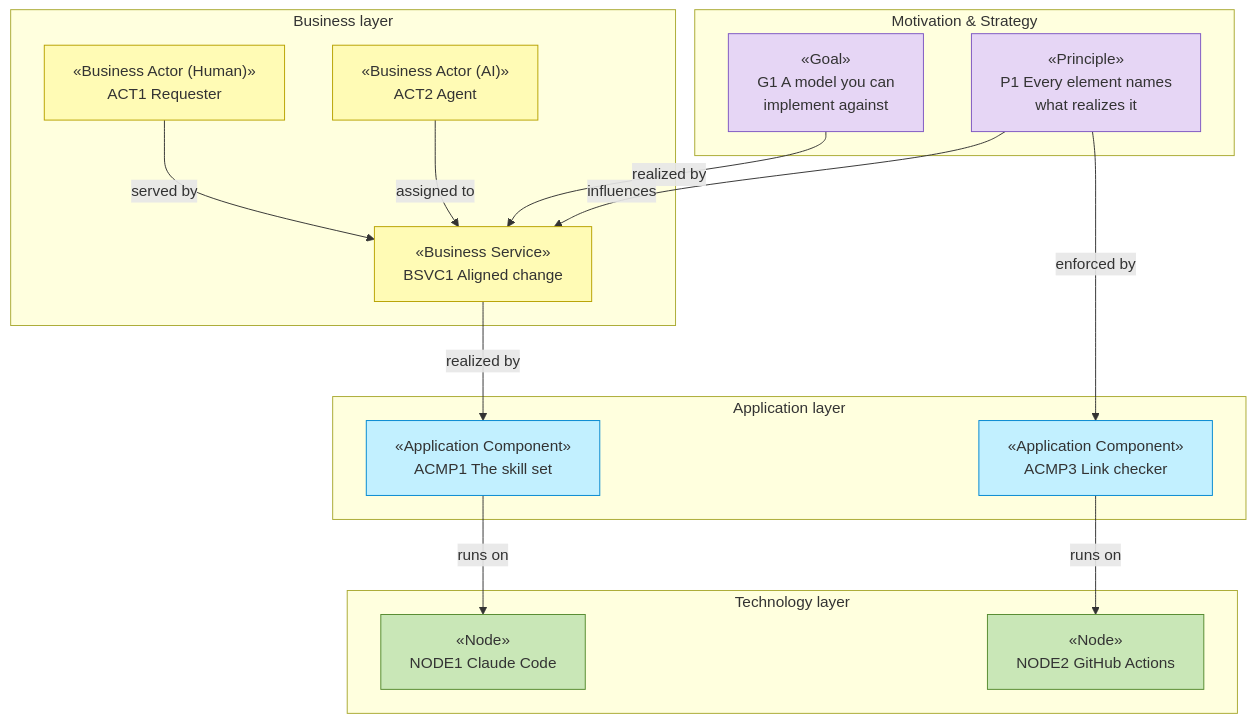
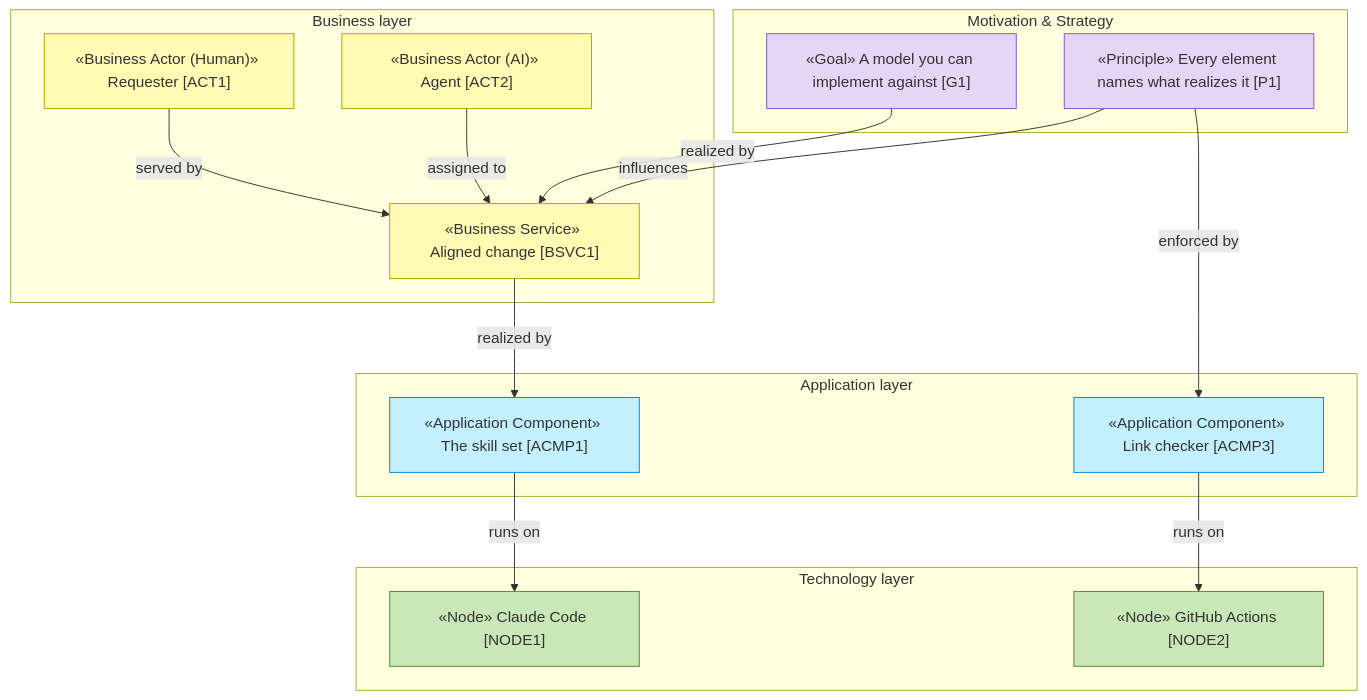
Before and after one commit to roanboc/architecture-archreator: the diagram in product-archreator/architecture/README.md, drawn with Mermaid. The commit also changed 38 other files, not shown here.

````diff
--- a/product-archreator/architecture/README.md
+++ b/product-archreator/architecture/README.md
@@ -59,37 +59,37 @@
 ```mermaid
 flowchart TB
   subgraph MOT["Motivation & Strategy"]
-    g1["«Goal»<br>G1 A model you can<br>implement against"]:::motivation
-    p1["«Principle»<br>P1 Every element names<br>what realizes it"]:::motivation
+    g1["«Goal» A model you can implement against [G1]"]:::motivation
+    p1["«Principle» Every element names what realizes it [P1]"]:::motivation
   end
 
   subgraph BUS["Business layer"]
-    req["«Business Actor (Human)»<br>ACT1 Requester"]:::business
-    agent["«Business Actor (AI)»<br>ACT2 Agent"]:::business
-    bsvc1["«Business Service»<br>BSVC1 Aligned change"]:::business
+    req["«Business Actor (Human)» Requester [ACT1]"]:::business
+    agent["«Business Actor (AI)» Agent [ACT2]"]:::business
+    bsvc1["«Business Service» Aligned change [BSVC1]"]:::business
   end
 
   subgraph APP["Application layer"]
-    acmp1["«Application Component»<br>ACMP1 The skill set"]:::application
-    acmp3["«Application Component»<br>ACMP3 Link checker"]:::application
+    acmp1["«Application Component» The skill set [ACMP1]"]:::application
+    acmp3["«Application Component» Link checker [ACMP3]"]:::application
   end
 
   subgraph TEC["Technology layer"]
-    node1["«Node»<br>NODE1 Claude Code"]:::technology
-    node2["«Node»<br>NODE2 GitHub Actions"]:::technology
+    node1["«Node» Claude Code [NODE1]"]:::technology
+    node2["«Node» GitHub Actions [NODE2]"]:::technology
   end
 
   g1 -->|realized by| bsvc1
   p1 -->|influences| bsvc1
   req -->|served by| bsvc1
   agent -->|assigned to| bsvc1
   bsvc1 -->|realized by| acmp1
   p1 -->|enforced by| acmp3
   acmp1 -->|runs on| node1
   acmp3 -->|runs on| node2
 
   classDef motivation fill:#e6d6f5,stroke:#7e57c2,color:#333
   classDef business fill:#fffbb5,stroke:#b8a200,color:#333
   classDef application fill:#c2f0ff,stroke:#0288d1,color:#333
   classDef technology fill:#c9e7b7,stroke:#558b2f,color:#333
 ```
````
